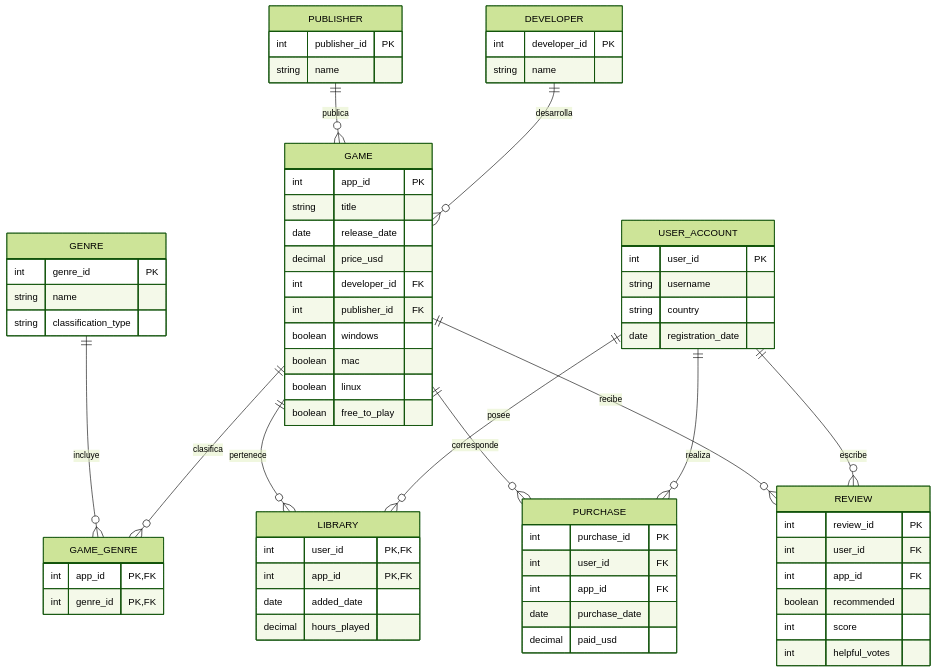
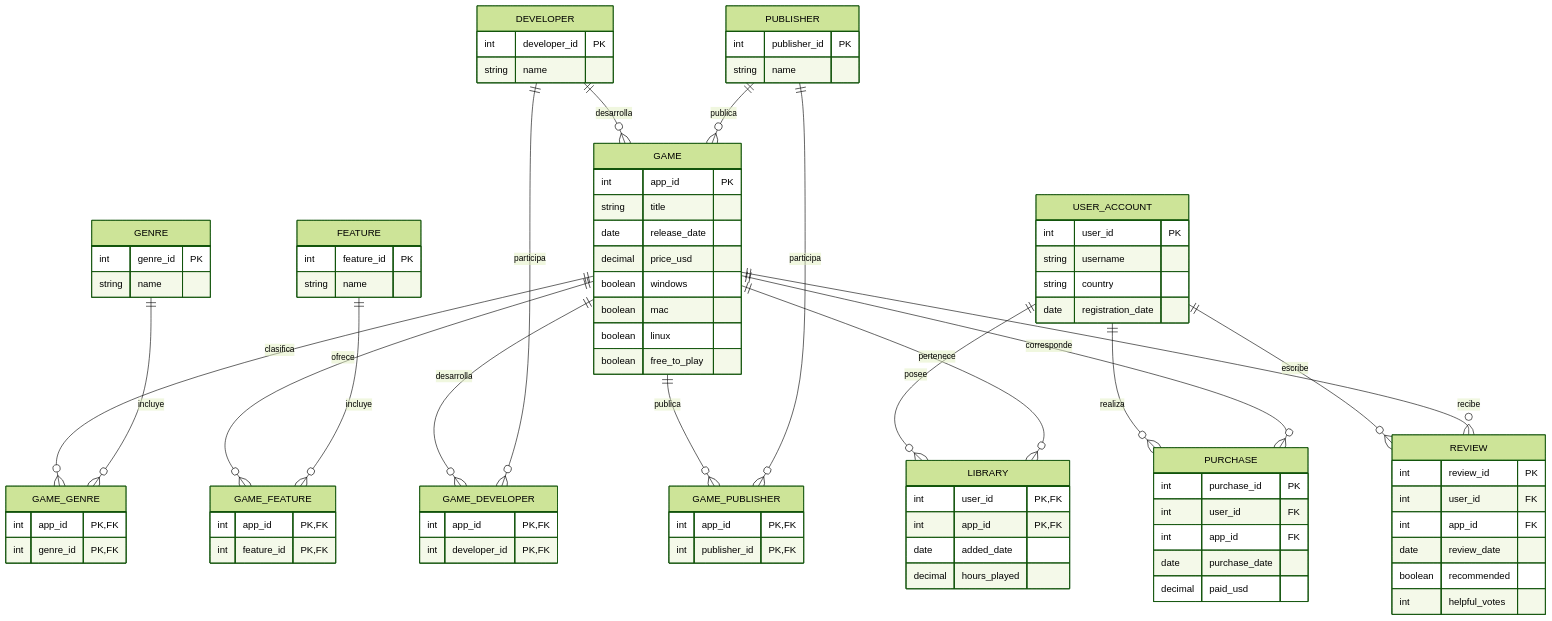
One commit to base-de-datos-fiuba/dbs-ar changed the diagram in 01-steam/README.md. Above: the diagram before and after it, drawn with Mermaid (forest theme). The commit also changed other lines of this file and 1 other file, not shown here.

````diff
--- a/01-steam/README.md
+++ b/01-steam/README.md
@@ -12,6 +12,12 @@
     PUBLISHER ||--o{ GAME : publica
     GAME ||--o{ GAME_GENRE : clasifica
     GENRE ||--o{ GAME_GENRE : incluye
+    GAME ||--o{ GAME_FEATURE : ofrece
+    FEATURE ||--o{ GAME_FEATURE : incluye
+    GAME ||--o{ GAME_DEVELOPER : desarrolla
+    DEVELOPER ||--o{ GAME_DEVELOPER : participa
+    GAME ||--o{ GAME_PUBLISHER : publica
+    PUBLISHER ||--o{ GAME_PUBLISHER : participa
     USER_ACCOUNT ||--o{ LIBRARY : posee
     GAME ||--o{ LIBRARY : pertenece
     USER_ACCOUNT ||--o{ PURCHASE : realiza
@@ -39,7 +45,11 @@
     GENRE {
         int genre_id PK
         string name
-        string classification_type
+    }
+
+    FEATURE {
+        int feature_id PK
+        string name
     }
 
     GAME {
@@ -47,8 +57,6 @@
         string title
         date release_date
         decimal price_usd
-        int developer_id FK
-        int publisher_id FK
         boolean windows
         boolean mac
         boolean linux
@@ -58,6 +66,21 @@
     GAME_GENRE {
         int app_id PK, FK
         int genre_id PK, FK
+    }
+
+    GAME_FEATURE {
+        int app_id PK, FK
+        int feature_id PK, FK
+    }
+
+    GAME_DEVELOPER {
+        int app_id PK, FK
+        int developer_id PK, FK
+    }
+
+    GAME_PUBLISHER {
+        int app_id PK, FK
+        int publisher_id PK, FK
     }
 
     LIBRARY {
@@ -79,8 +102,8 @@
         int review_id PK
         int user_id FK
         int app_id FK
+        date review_date
         boolean recommended
-        int score
         int helpful_votes
     }
 ```
````
